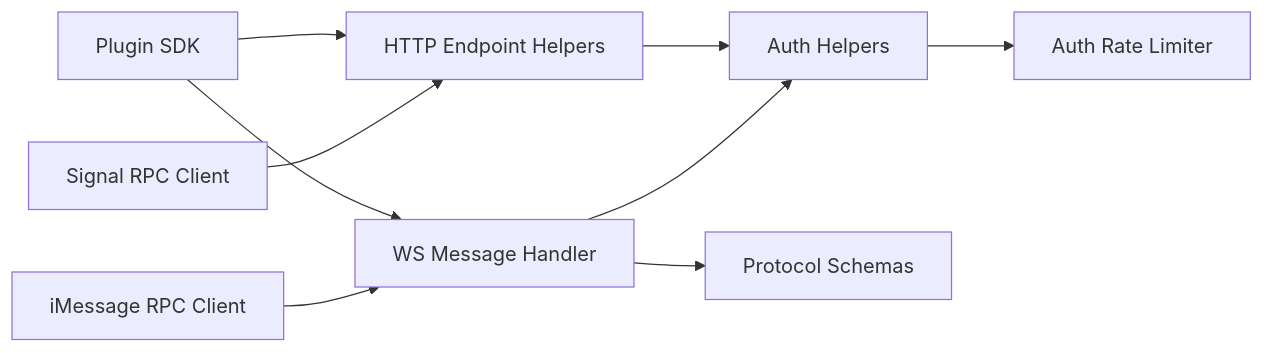
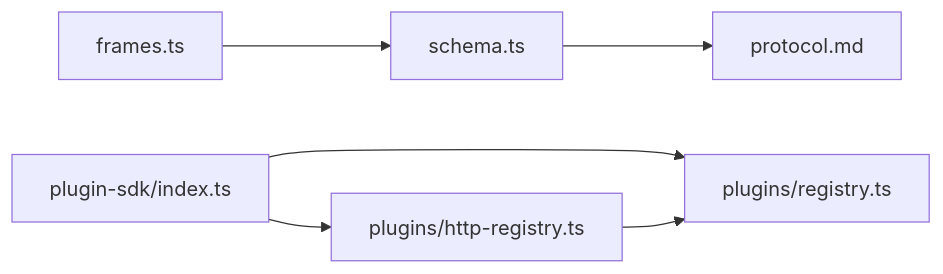
Before and after one commit to botx-work/OpenClaw-Internals: the seventh of 7 diagrams in repowiki/en/content/API Reference/API Reference.md, drawn with Mermaid. The commit also changed other lines of this file and 332 other files, not shown here.

````diff
--- a/repowiki/en/content/API Reference/API Reference.md
+++ b/repowiki/en/content/API Reference/API Reference.md
@@ -269,11 +262,8 @@
 ```mermaid
 graph LR
-HTTP["HTTP Endpoint Helpers"] --> AUTH["Auth Helpers"]
-AUTH --> RATE["Auth Rate Limiter"]
-WS["WS Message Handler"] --> AUTH
-WS --> PROTO["Protocol Schemas"]
-SDK["Plugin SDK"] --> HTTP
-SDK --> WS
-SIGNAL["Signal RPC Client"] --> HTTP
-IMSG["iMessage RPC Client"] --> WS
+F["frames.ts"] --> S["schema.ts"]
+S --> P["protocol.md"]
+IDX["plugin-sdk/index.ts"] --> R["plugins/registry.ts"]
+IDX --> HR["plugins/http-registry.ts"]
+HR --> R
 ```
````
